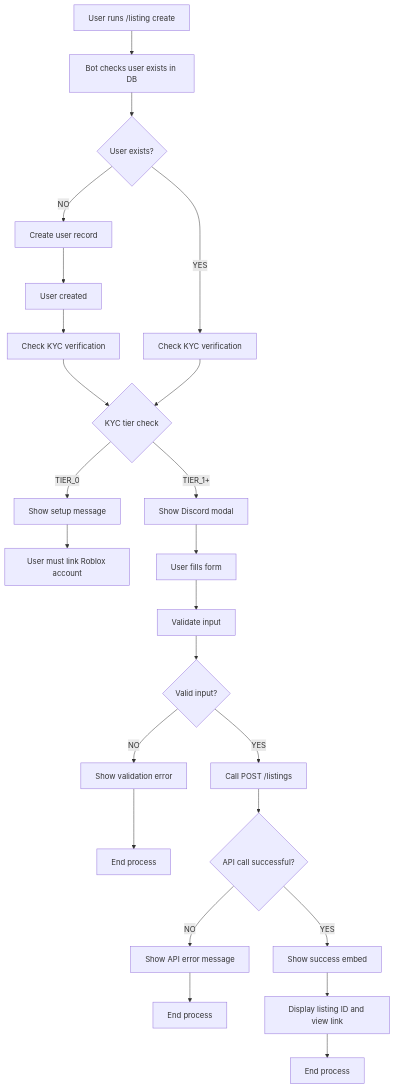
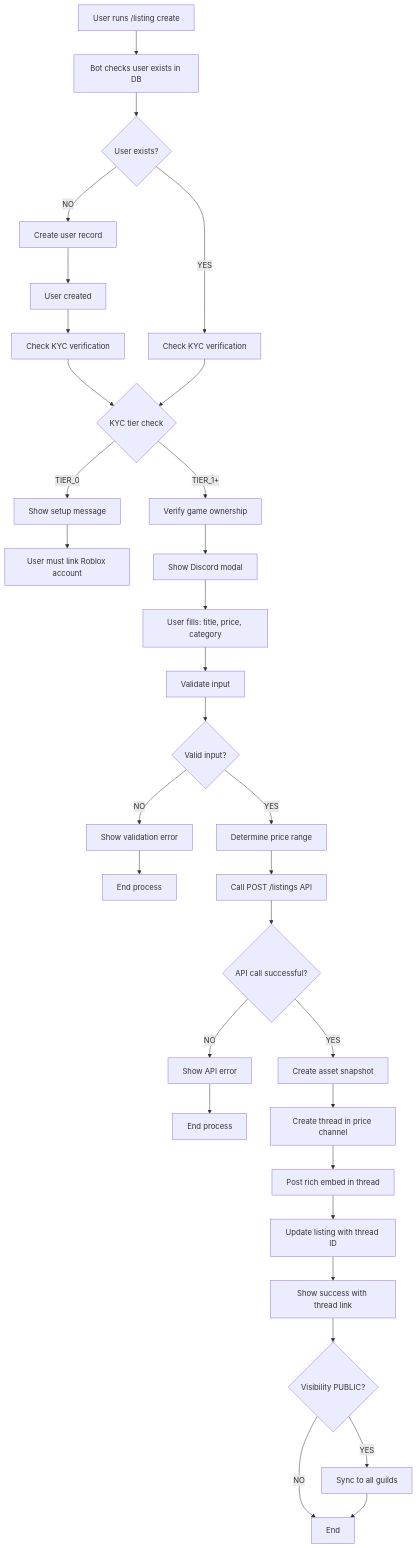
The first of 3 diagrams in apps/discord-bot/FLOW_DIAGRAM.md (lhqezio/bloxtr8), drawn with Mermaid before and after one commit. The commit also changed other lines of this file and 15 other files, not shown here.

Commit message:
feat: implement thread-based marketplace system with cross-guild visibility and price-range channels

````diff
--- a/apps/discord-bot/FLOW_DIAGRAM.md
+++ b/apps/discord-bot/FLOW_DIAGRAM.md
@@ -3,34 +7,43 @@
 ```mermaid
 flowchart TD
     A[User runs /listing create] --> B[Bot checks user exists in DB]
     B --> C{User exists?}
 
     C -->|NO| D[Create user record]
     D --> E[User created]
     E --> F[Check KYC verification]
 
     C -->|YES| G[Check KYC verification]
 
     F --> H{KYC tier check}
     G --> H
     H -->|TIER_0| I[Show setup message]
     I --> J[User must link Roblox account]
 
-    H -->|TIER_1+| L[Show Discord modal]
-    L --> M[User fills form]
+    H -->|TIER_1+| K[Verify game ownership]
+    K --> L[Show Discord modal]
+    L --> M[User fills: title, price, category]
     M --> N[Validate input]
     N --> O{Valid input?}
 
     O -->|NO| P[Show validation error]
     P --> Q[End process]
 
-    O -->|YES| R[Call POST /listings]
-    R --> S{API call successful?}
+    O -->|YES| R[Determine price range]
+    R --> S[Call POST /listings API]
+    S --> T{API call successful?}
 
-    S -->|NO| T[Show API error message]
-    T --> U[End process]
+    T -->|NO| U[Show API error]
+    U --> V[End process]
 
-    S -->|YES| V[Show success embed]
-    V --> W[Display listing ID and view link]
-    W --> X[End process]
+    T -->|YES| W[Create asset snapshot]
+    W --> X[Create thread in price channel]
+    X --> Y[Post rich embed in thread]
+    Y --> Z[Update listing with thread ID]
+    Z --> AA[Show success with thread link]
+    AA --> AB{Visibility PUBLIC?}
+    
+    AB -->|YES| AC[Sync to all guilds]
+    AB -->|NO| AD[End]
+    AC --> AD
 ```
````
